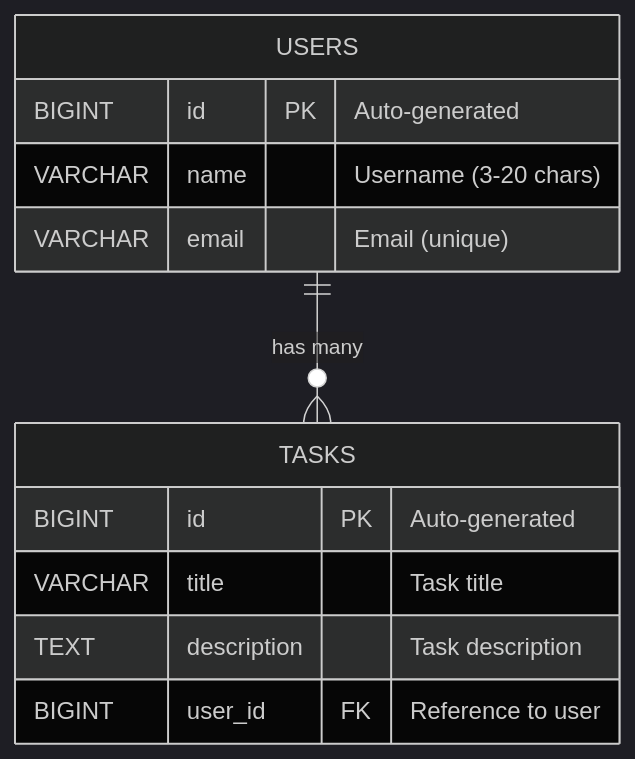
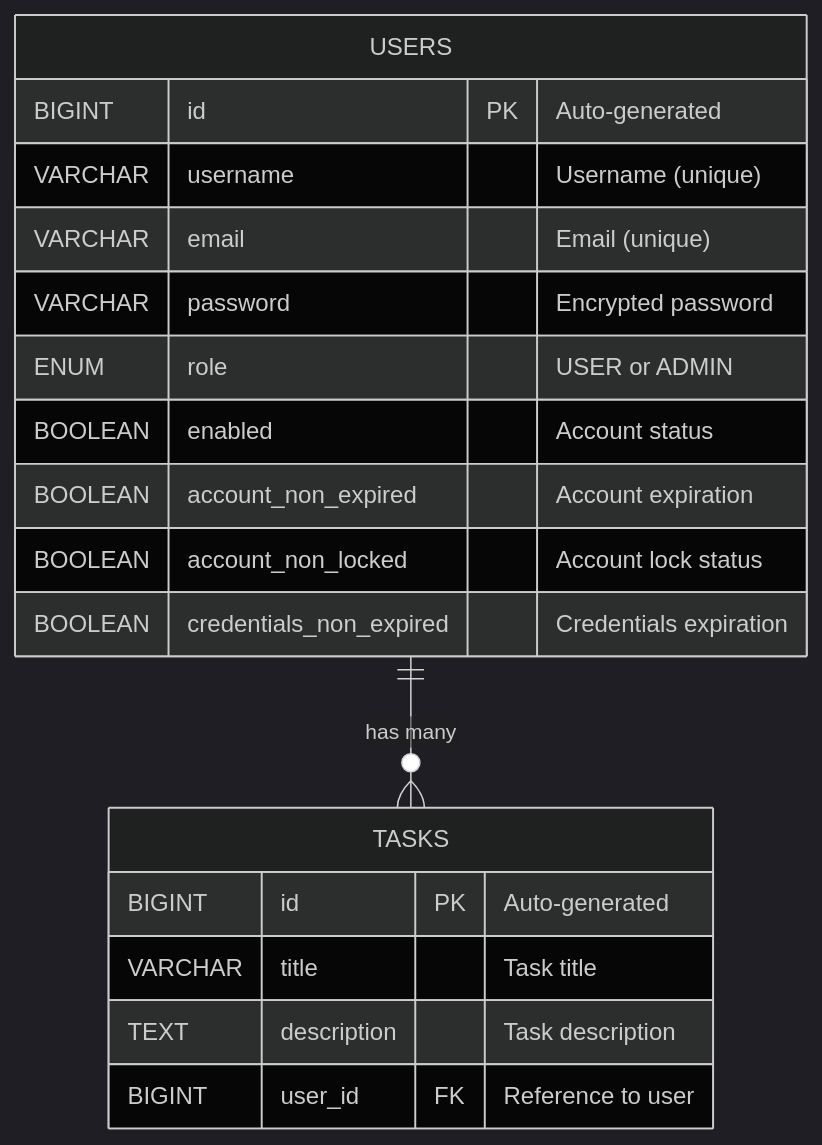
Before and after one commit to elfeshawy17/todo-app-spring-boot: the diagram in README.md, drawn with Mermaid (dark theme). The commit also changed other lines of this file, not shown here.

````diff
--- a/README.md
+++ b/README.md
@@ -56,17 +93,23 @@
 ```mermaid
 erDiagram
     USERS {
         BIGINT id PK "Auto-generated"
-        VARCHAR name "Username (3-20 chars)"
+        VARCHAR username "Username (unique)"
         VARCHAR email "Email (unique)"
+        VARCHAR password "Encrypted password"
+        ENUM role "USER or ADMIN"
+        BOOLEAN enabled "Account status"
+        BOOLEAN account_non_expired "Account expiration"
+        BOOLEAN account_non_locked "Account lock status"
+        BOOLEAN credentials_non_expired "Credentials expiration"
     }
     
     TASKS {
         BIGINT id PK "Auto-generated"
         VARCHAR title "Task title"
         TEXT description "Task description"
         BIGINT user_id FK "Reference to user"
     }
     
     USERS ||--o{ TASKS : "has many"
 ```
````
